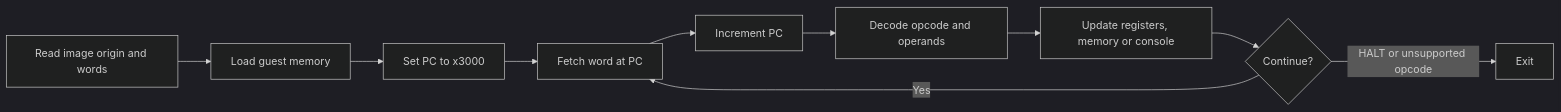
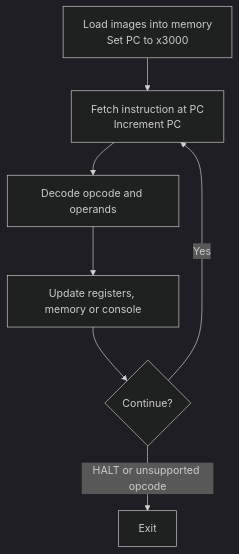
The diagram in README.md (lukamaga/lc3-virtual-machine), drawn with Mermaid (dark theme) before and after one commit.

Commit message:
Make the execution diagram readable in the README

````diff
--- a/README.md
+++ b/README.md
@@ -57,12 +57,9 @@
 ```mermaid
-flowchart LR
-    A[Read image origin and words] --> B[Load guest memory]
-    B --> C[Set PC to x3000]
-    C --> D[Fetch word at PC]
-    D --> E[Increment PC]
-    E --> F[Decode opcode and operands]
-    F --> G[Update registers, memory or console]
-    G --> H{Continue?}
-    H -->|Yes| D
-    H -->|HALT or unsupported opcode| I[Exit]
+flowchart TD
+    A["Load images into memory<br/>Set PC to x3000"] --> B["Fetch instruction at PC<br/>Increment PC"]
+    B --> C[Decode opcode and operands]
+    C --> D[Update registers, memory or console]
+    D --> E{Continue?}
+    E -->|Yes| B
+    E -->|HALT or unsupported opcode| F[Exit]
 ```
````
